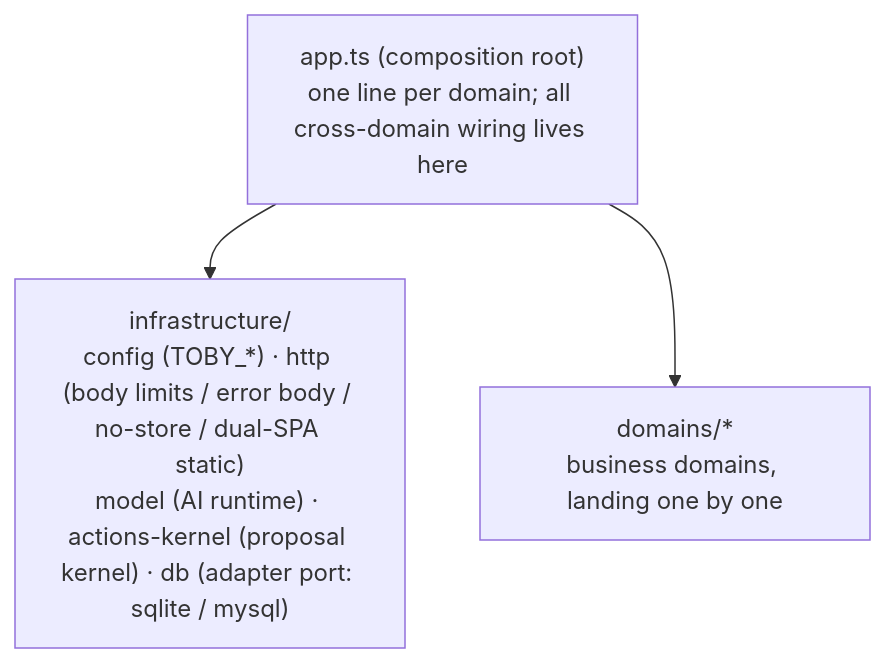
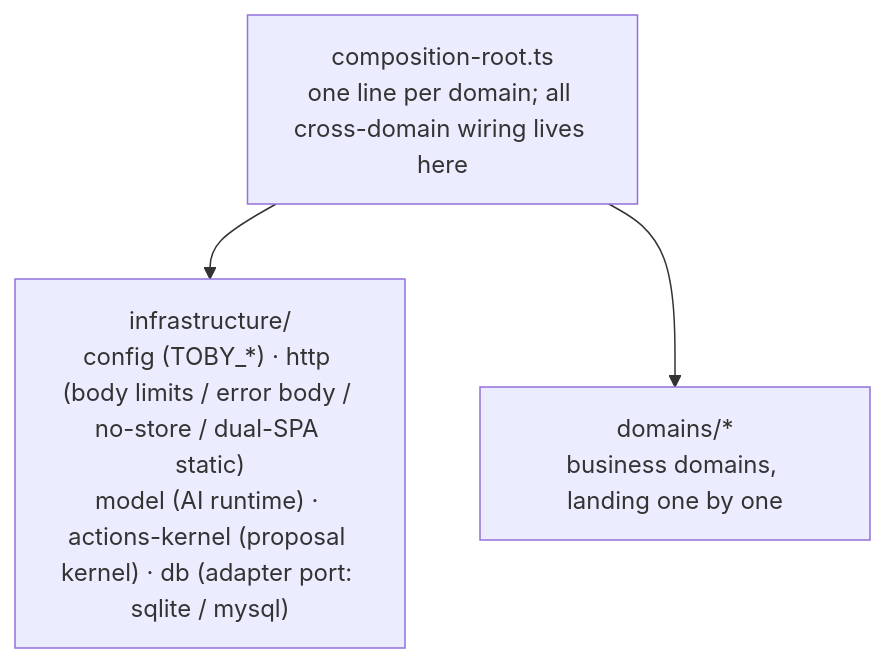
The third of 3 diagrams in docs/system-overview.md (dengyusys/toby), drawn with Mermaid before and after one commit. The commit also changed other lines of this file and 19 other files, not shown here.

Commit message:
refactor(server): rename app.ts to composition-root.ts

````diff
--- a/docs/system-overview.md
+++ b/docs/system-overview.md
@@ -114,8 +114,8 @@
 ```mermaid
 flowchart TB
-    BOOT["app.ts (composition root)<br/>one line per domain; all cross-domain wiring lives here"]
+    BOOT["composition-root.ts<br/>one line per domain; all cross-domain wiring lives here"]
     INFRA["infrastructure/<br/>config (TOBY_*) · http (body limits / error body / no-store / dual-SPA static)<br/>model (AI runtime) · actions-kernel (proposal kernel) · db (adapter port: sqlite / mysql)"]
     DOM["domains/*<br/>business domains, landing one by one"]
     BOOT --> INFRA
     BOOT --> DOM
 ```
````
